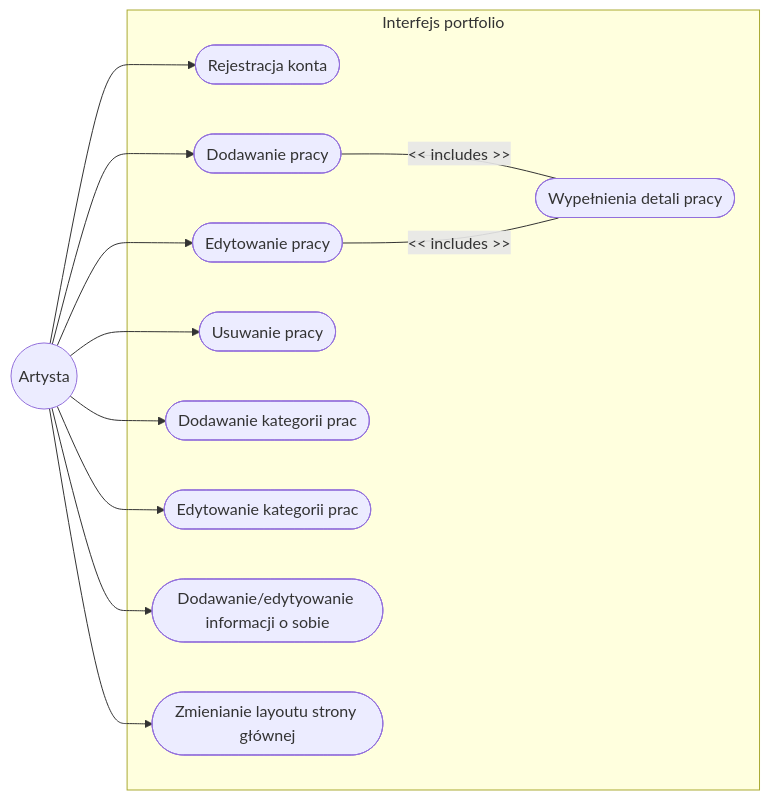
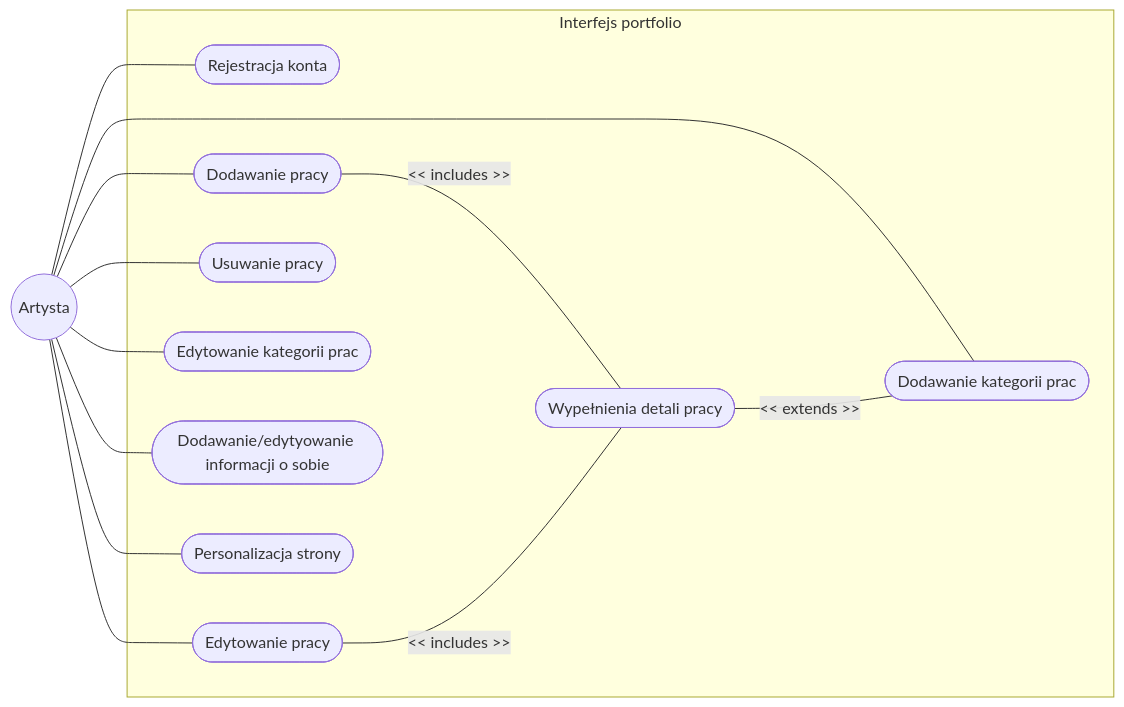
Before and after one commit to artsea-project/notes: the second of 2 diagrams in general/md/przypadki_uzycia.md, drawn with Mermaid. The commit also changed other lines of this file, not shown here.

````diff
--- a/general/md/przypadki_uzycia.md
+++ b/general/md/przypadki_uzycia.md
@@ -24,27 +24,28 @@
 ```mermaid
 flowchart LR
     Artysta((Artysta))
 
     subgraph ArtSea [Interfejs portfolio]
         PU4([Rejestracja konta])
         PU5([Dodawanie pracy])
         PU6([Edytowanie pracy])
         PU7([Wypełnienia detali pracy])
         PU8([Usuwanie pracy])
         PU9([Dodawanie kategorii prac])
         PU10([Edytowanie kategorii prac])
         PU11([Dodawanie/edytyowanie informacji o sobie])
-        PU12([Zmienianie layoutu strony głównej])
+        PU12([Personalizacja strony])
     end
 
-    Artysta --> PU4
-    Artysta --> PU5
-    Artysta --> PU6
-    Artysta --> PU8
-    Artysta --> PU9
-    Artysta --> PU10
-    Artysta --> PU11
-    Artysta --> PU12
+    Artysta --- PU4
+    Artysta --- PU5
+    Artysta --- PU6
+    Artysta --- PU8
+    Artysta --- PU9
+    Artysta --- PU10
+    Artysta --- PU11
+    Artysta --- PU12
     PU5 --- | << includes >> | PU7
     PU6 --- | << includes >> | PU7
+    PU7 --- | << extends >> | PU9
 ```
````
